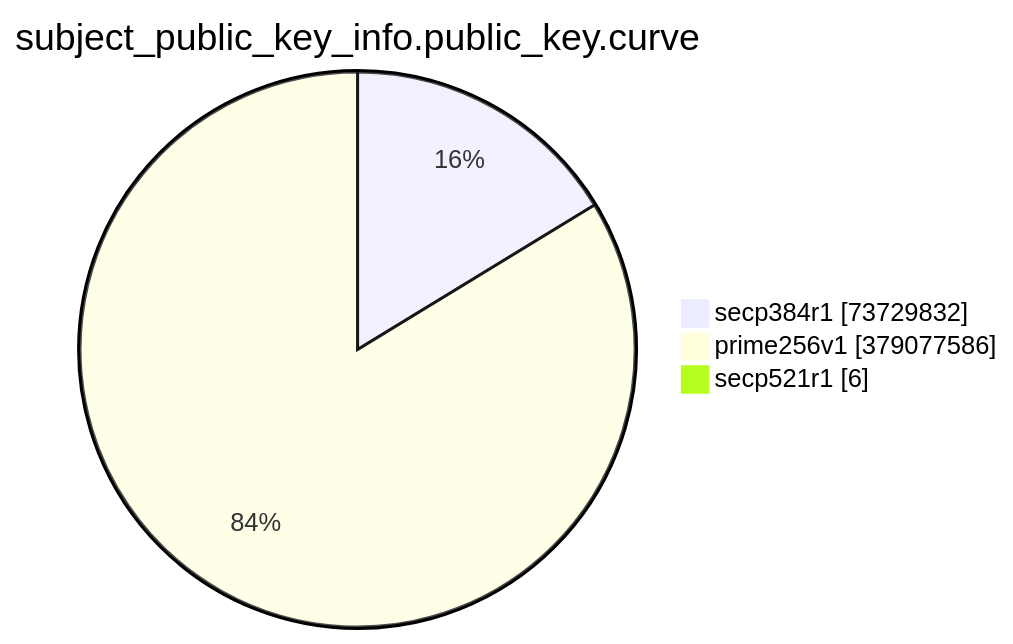
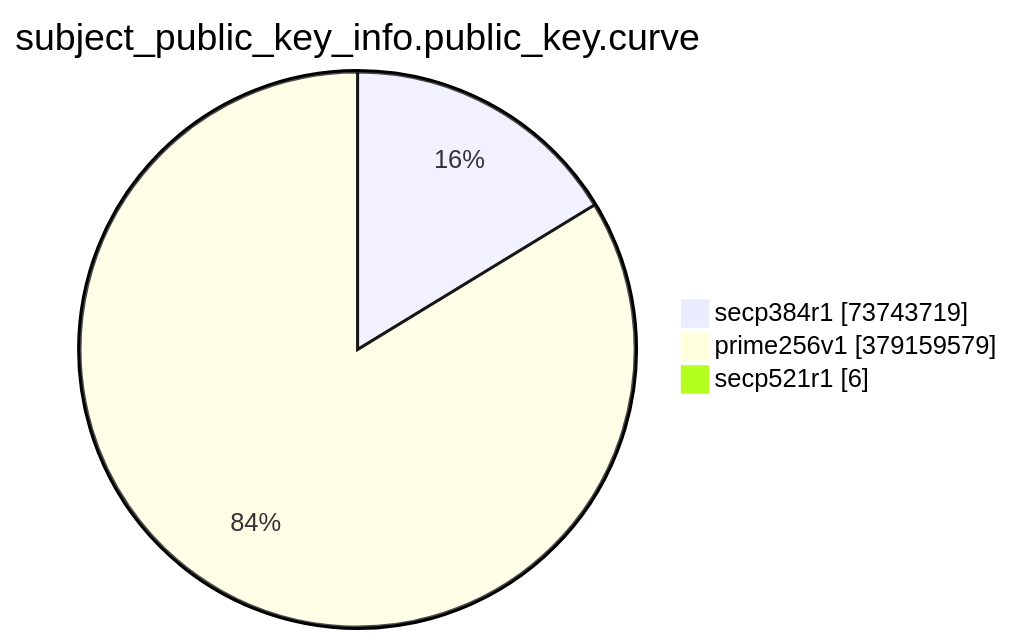
One commit to christiankrug/ctmonitor_visualization changed the eighth of 15 diagrams in TOTAL/README.md. Above: the diagram before and after it, drawn with Mermaid. The commit also changed other lines of this file, not shown here.

````diff
--- a/TOTAL/README.md
+++ b/TOTAL/README.md
@@ -3094,7 +3094,7 @@
 ```mermaid
 pie showData
 title subject_public_key_info.public_key.curve
-"secp384r1" :73729832
-"prime256v1" :379077586
+"secp384r1" :73743719
+"prime256v1" :379159579
 "secp521r1" :6
 ```
````
